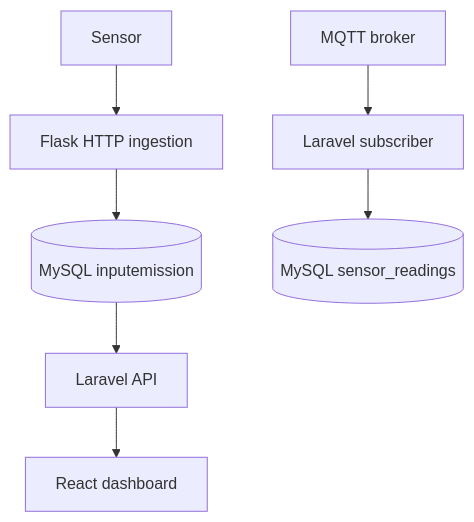
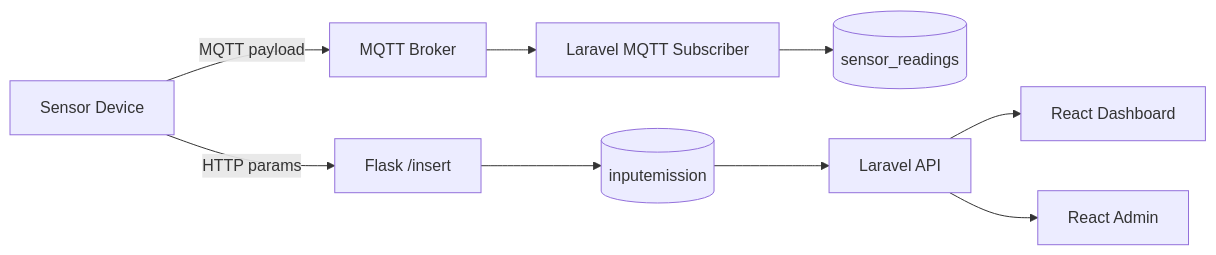
Before and after one commit to HidayahMF/kiansantangbrokermqtt: the first of 6 diagrams in docs/development-pipeline.md, drawn with Mermaid. The commit also changed other lines of this file, not shown here.

````diff
--- a/docs/development-pipeline.md
+++ b/docs/development-pipeline.md
@@ -25,9 +9,11 @@
 ```mermaid
-flowchart TD
- S["Sensor"] --> H["Flask HTTP ingestion"]
- H --> D[("MySQL inputemission")]
- B["MQTT broker"] --> M["Laravel subscriber"]
- M --> T[("MySQL sensor_readings")]
- D --> A["Laravel API"]
- A --> U["React dashboard"]
+flowchart LR
+    S[Sensor Device] -->|HTTP params| F[Flask /insert]
+    S -->|MQTT payload| B[MQTT Broker]
+    F --> IE[(inputemission)]
+    B --> M[Laravel MQTT Subscriber]
+    M --> SR[(sensor_readings)]
+    IE --> API[Laravel API]
+    API --> WEB[React Dashboard]
+    API --> ADM[React Admin]
 ```
````
